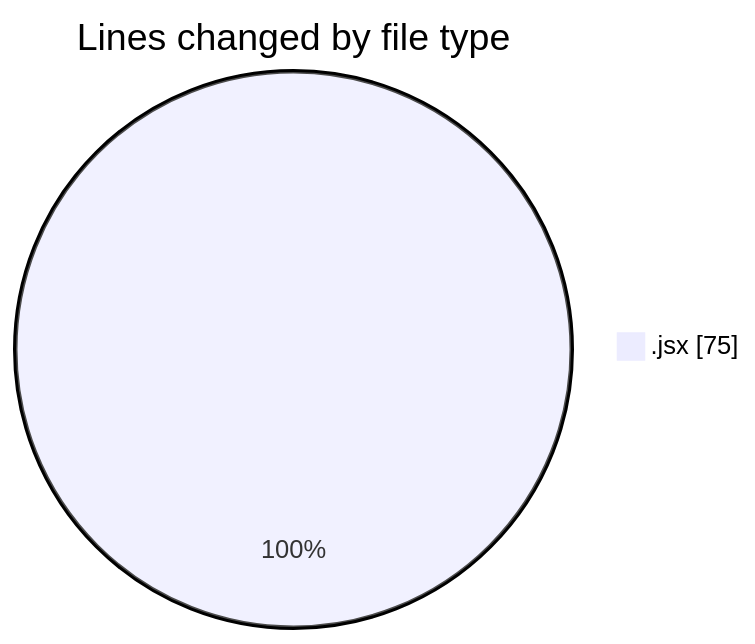
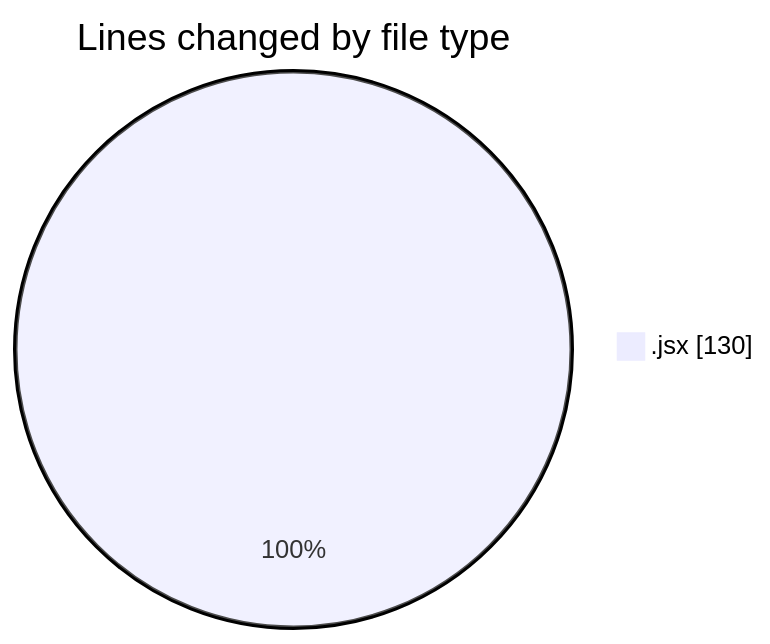
The first of 2 diagrams in 2025-06-20/3d-gsap-scroll-template-main/README.md (JenPaints/code-tracking), drawn with Mermaid before and after one commit. The commit also changed other lines of this file and 1 other file, not shown here.

````diff
--- a/2025-06-20/3d-gsap-scroll-template-main/README.md
+++ b/2025-06-20/3d-gsap-scroll-template-main/README.md
@@ -21,5 +22,5 @@
 ```mermaid
 pie showData
 title Lines changed by file type
-".jsx" : 75
+".jsx" : 130
 ```
````
